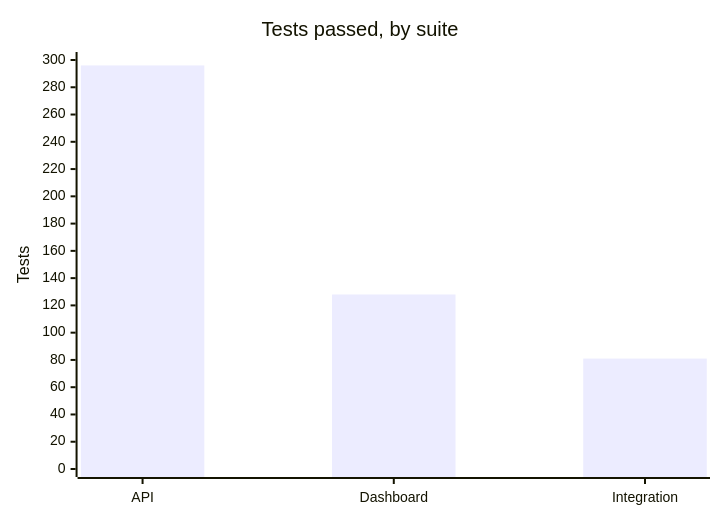
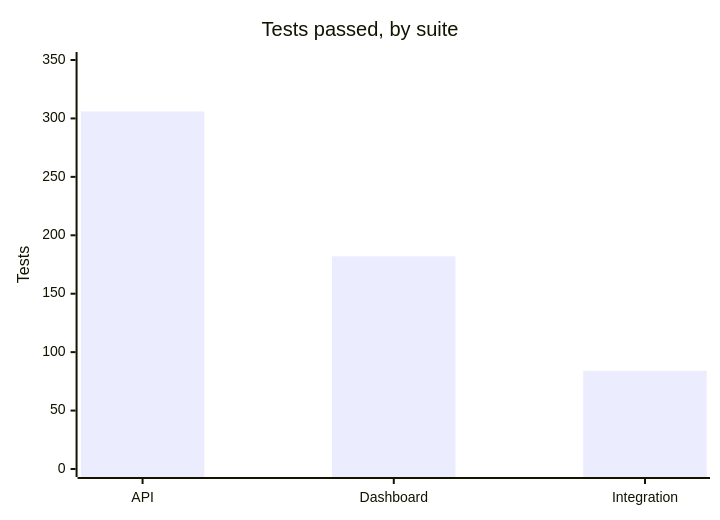
The third of 4 diagrams in README.md (M4xP4s/bouncer-dashboard), drawn with Mermaid before and after one commit. The commit also changed other lines of this file and 50 other files, not shown here.

````diff
--- a/README.md
+++ b/README.md
@@ -216,7 +217,7 @@
 ```mermaid
 xychart-beta
     title "Tests passed, by suite"
     x-axis ["API", "Dashboard", "Integration"]
-    y-axis "Tests" 0 --> 300
-    bar [296, 128, 81]
+    y-axis "Tests" 0 --> 350
+    bar [306, 182, 84]
 ```
````
